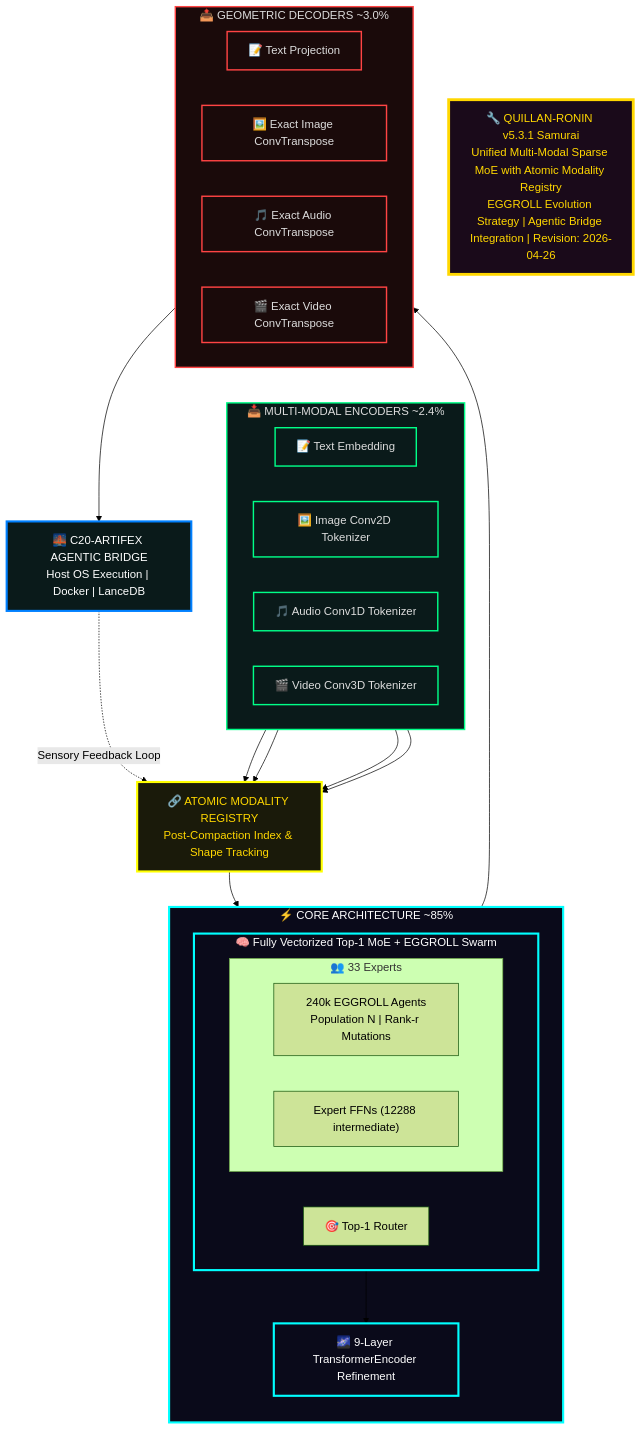
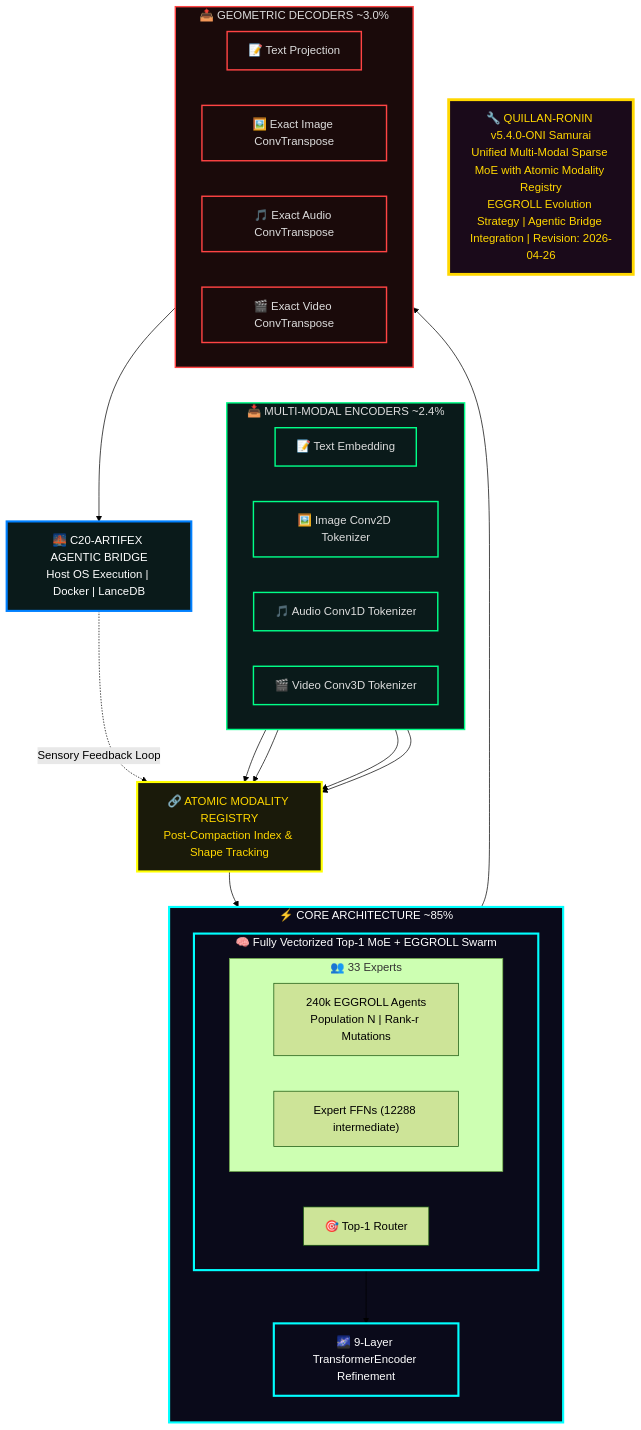
One commit to leeex1/Quillan-Ronin changed the sixth of 46 diagrams in 02 - Knowledge Foundation/Quillan Knowledge files/3-Quillan(reality).md. Above: the diagram before and after it, drawn with Mermaid (forest theme). The commit also changed other lines of this file and 34 other files, not shown here.

````diff
--- a/02 - Knowledge Foundation/Quillan Knowledge files/3-Quillan(reality).md
+++ b/02 - Knowledge Foundation/Quillan Knowledge files/3-Quillan(reality).md
@@ -2263,67 +2263,67 @@
 ```mermaid
 flowchart TB
     %% SYSTEM HEADER
-    SYS_HEADER["🔧 QUILLAN-RONIN v5.3.1 Samurai<br/>Unified Multi-Modal Sparse MoE with Atomic Modality Registry<br/>EGGROLL Evolution Strategy | Agentic Bridge Integration | Revision: 2026-04-26"]
+    SYS_HEADER["🔧 QUILLAN-RONIN v5.4.0-ONI Samurai<br/>Unified Multi-Modal Sparse MoE with Atomic Modality Registry<br/>EGGROLL Evolution Strategy | Agentic Bridge Integration | Revision: 2026-04-26"]
 
     %% INPUT LAYER
     subgraph INPUT_LAYER ["📥 MULTI-MODAL ENCODERS ~2.4%"]
         direction LR
         TEXT_ENC["📝 Text Embedding"]
         IMG_ENC["🖼️ Image Conv2D Tokenizer"]
         AUD_ENC["🎵 Audio Conv1D Tokenizer"]
         VID_ENC["🎬 Video Conv3D Tokenizer"]
     end
 
     %% ATOMIC REGISTRY
     REGISTRY["🔗 ATOMIC MODALITY REGISTRY<br/>Post-Compaction Index & Shape Tracking"]
 
     %% CORE
     subgraph CORE ["⚡ CORE ARCHITECTURE ~85%"]
         direction TB
         subgraph MOE_CORE ["🧠 Fully Vectorized Top-1 MoE + EGGROLL Swarm"]
             ROUTER["🎯 Top-1 Router"]
             subgraph EXPERTS ["👥 33 Experts"]
                 direction LR
                 SWARM["240k EGGROLL Agents<br/>Population N | Rank-r Mutations"]
                 EXPERTS_BLOCK["Expert FFNs (12288 intermediate)"]
             end
         end
 
         DIFFUSION["🌌 9-Layer TransformerEncoder Refinement"]
     end
 
     %% OUTPUT
     subgraph OUTPUT ["📤 GEOMETRIC DECODERS ~3.0%"]
         direction LR
         TEXT_DEC["📝 Text Projection"]
         IMG_DEC["🖼️ Exact Image ConvTranspose"]
         AUD_DEC["🎵 Exact Audio ConvTranspose"]
         VID_DEC["🎬 Exact Video ConvTranspose"]
     end
 
     %% AGENTIC BRIDGE
     BRIDGE["🌉 C20-ARTIFEX AGENTIC BRIDGE<br/>Host OS Execution | Docker | LanceDB"]
 
     %% FLOW
     TEXT_ENC & IMG_ENC & AUD_ENC & VID_ENC --> REGISTRY
     REGISTRY --> MOE_CORE
     MOE_CORE --> DIFFUSION
     DIFFUSION --> OUTPUT
     OUTPUT --> BRIDGE
     BRIDGE -.->|"Sensory Feedback Loop"| REGISTRY
 
     %% STYLING
     classDef header fill:#1a0a1a,stroke:#ffd700,stroke-width:4px,color:#ffd700
     classDef input fill:#0a1a1a,stroke:#00ff88,stroke-width:2px,color:#ddd
     classDef registry fill:#1a1a0a,stroke:#ffff00,stroke-width:3px,color:#ffd700
     classDef core fill:#0a0a1a,stroke:#00ffff,stroke-width:3px,color:#fff
     classDef output fill:#1a0a0a,stroke:#ff4444,stroke-width:2px,color:#ddd
     classDef bridge fill:#0a1a1a,stroke:#0080ff,stroke-width:3px,color:#ffffff
 
     class SYS_HEADER header
     class INPUT_LAYER,TEXT_ENC,IMG_ENC,AUD_ENC,VID_ENC input
     class REGISTRY registry
     class CORE,MOE_CORE,DIFFUSION core
     class OUTPUT,TEXT_DEC,IMG_DEC,AUD_DEC,VID_DEC output
     class BRIDGE bridge
 ```
````
